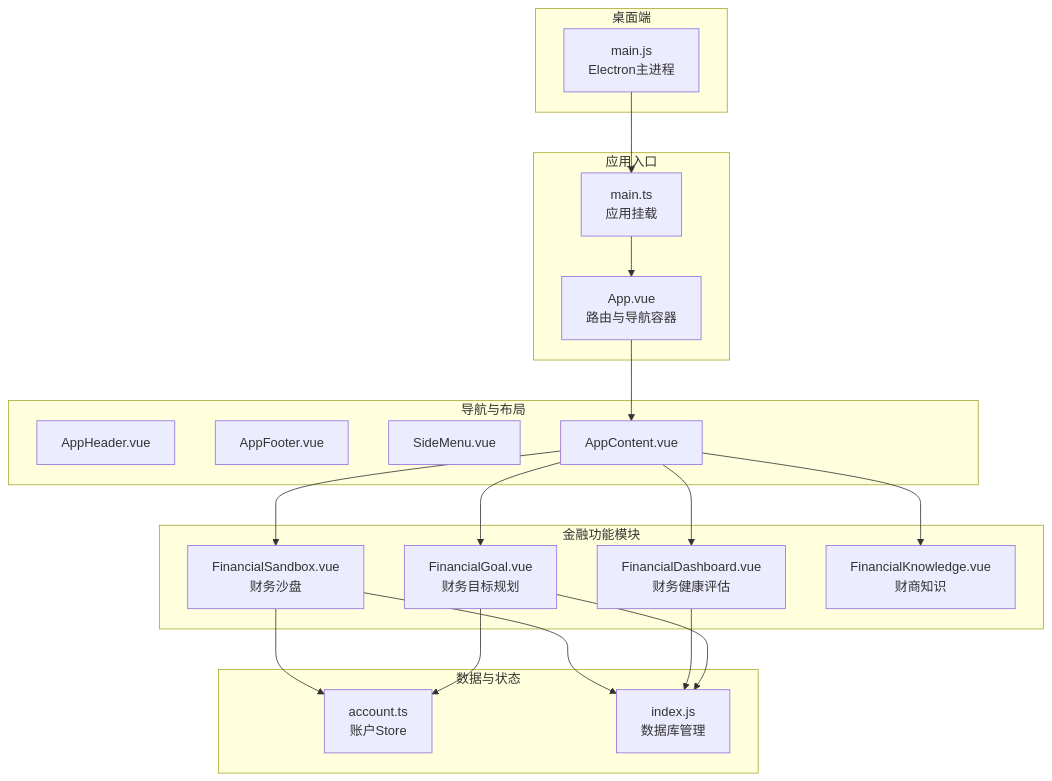
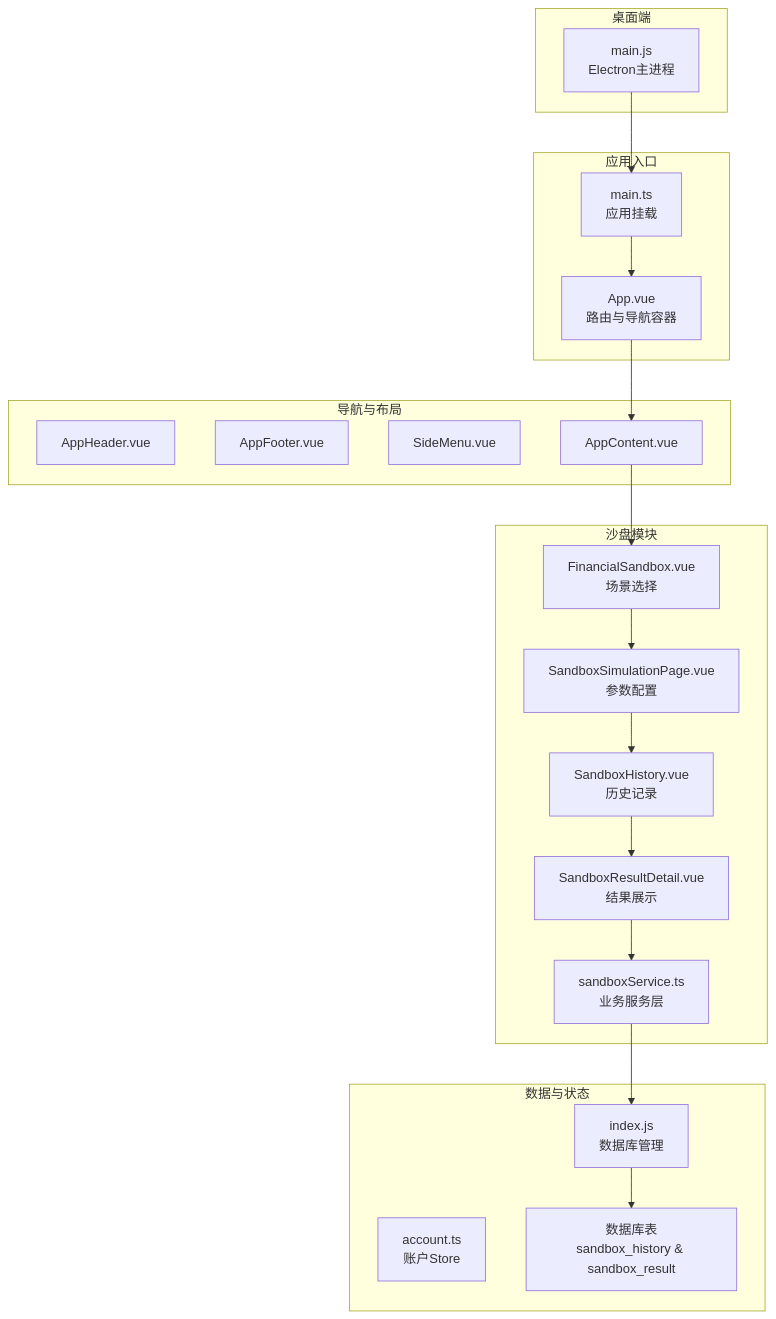
The first of 3 diagrams in .qoder/repowiki/zh/content/财务分析/财务沙盘.md (xiao-lin-unit/yuan), drawn with Mermaid before and after one commit. The commit also changed other lines of this file and 24 other files, not shown here.

````diff
--- a/.qoder/repowiki/zh/content/财务分析/财务沙盘.md
+++ b/.qoder/repowiki/zh/content/财务分析/财务沙盘.md
@@ -55,38 +62,38 @@
 ```mermaid
 graph TB
 subgraph "应用入口"
 A["main.ts<br/>应用挂载"]
 B["App.vue<br/>路由与导航容器"]
 end
 subgraph "导航与布局"
 C["AppHeader.vue"]
 D["AppFooter.vue"]
 E["SideMenu.vue"]
 F["AppContent.vue"]
 end
-subgraph "金融功能模块"
-G["FinancialSandbox.vue<br/>财务沙盘"]
-H["FinancialDashboard.vue<br/>财务健康评估"]
-I["FinancialGoal.vue<br/>财务目标规划"]
-J["FinancialKnowledge.vue<br/>财商知识"]
+subgraph "沙盘模块"
+G["FinancialSandbox.vue<br/>场景选择"]
+H["SandboxSimulationPage.vue<br/>参数配置"]
+I["SandboxHistory.vue<br/>历史记录"]
+J["SandboxResultDetail.vue<br/>结果展示"]
+K["sandboxService.ts<br/>业务服务层"]
 end
 subgraph "数据与状态"
-K["account.ts<br/>账户Store"]
-L["index.js<br/>数据库管理"]
+L["account.ts<br/>账户Store"]
+M["index.js<br/>数据库管理"]
+N["数据库表<br/>sandbox_history & sandbox_result"]
 end
 subgraph "桌面端"
-M["main.js<br/>Electron主进程"]
+O["main.js<br/>Electron主进程"]
 end
 A --> B
 B --> F
 F --> G
-F --> H
-F --> I
-F --> J
-G --> K
-G --> L
-H --> L
-I --> K
-I --> L
-M --> A
+G --> H
+H --> I
+I --> J
+J --> K
+K --> M
+M --> N
+O --> A
 ```
````
